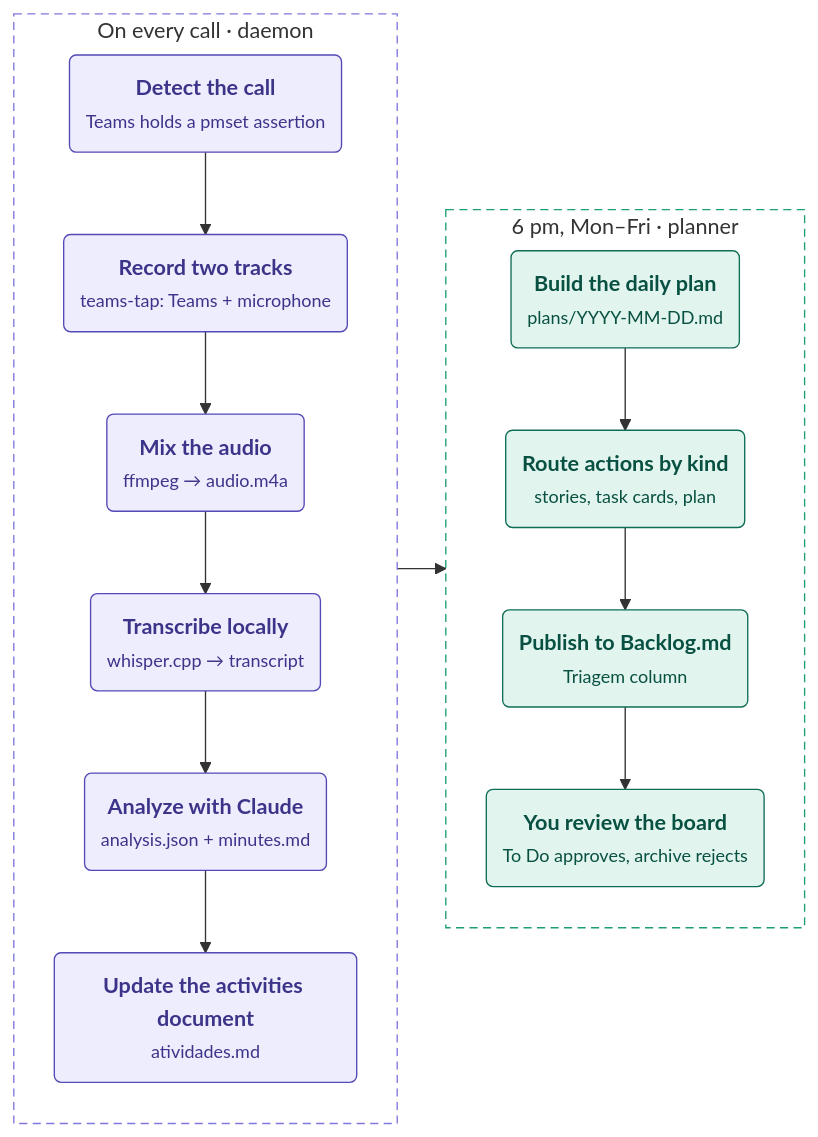
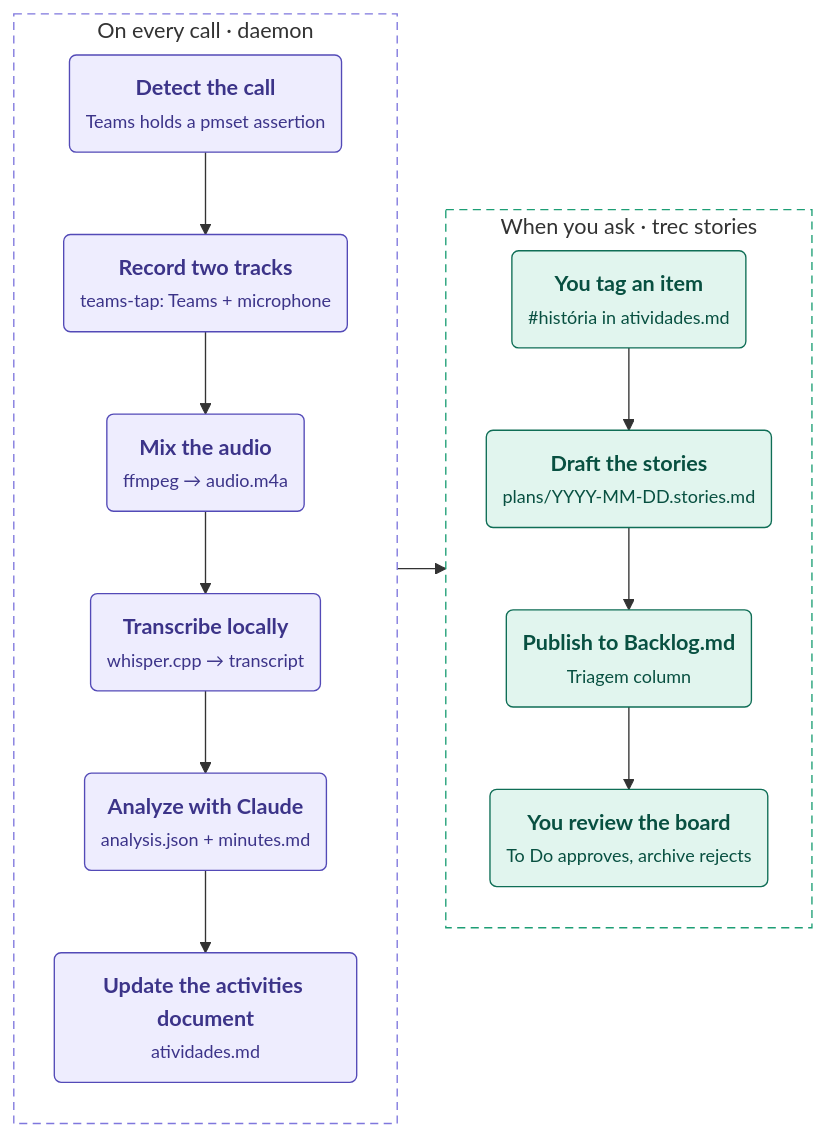
The first of 2 diagrams in README.md (felipmateus/meet-record), drawn with Mermaid before and after one commit. The commit also changed other lines of this file and 31 other files, not shown here.

````diff
--- a/README.md
+++ b/README.md
@@ -51,32 +49,32 @@
 ```mermaid
 %%{init: {"flowchart": {"nodeSpacing": 40, "rankSpacing": 36, "curve": "basis", "padding": 12}}}%%
 flowchart LR
     subgraph perCall["On every call · daemon"]
         direction TB
         detect("<b>Detect the call</b><br/><small>Teams holds a pmset assertion</small>")
         record("<b>Record two tracks</b><br/><small>teams-tap: Teams + microphone</small>")
         mix("<b>Mix the audio</b><br/><small>ffmpeg → audio.m4a</small>")
         transcribe("<b>Transcribe locally</b><br/><small>whisper.cpp → transcript</small>")
         analyze("<b>Analyze with Claude</b><br/><small>analysis.json + minutes.md</small>")
         curate("<b>Update the activities document</b><br/><small>atividades.md</small>")
         detect --> record --> mix --> transcribe --> analyze --> curate
     end
 
-    subgraph evening["6 pm, Mon–Fri · planner"]
+    subgraph onDemand["When you ask · trec stories"]
         direction TB
-        plan("<b>Build the daily plan</b><br/><small>plans/YYYY-MM-DD.md</small>")
-        route("<b>Route actions by kind</b><br/><small>stories, task cards, plan</small>")
+        tag("<b>You tag an item</b><br/><small>#história in atividades.md</small>")
+        draft("<b>Draft the stories</b><br/><small>plans/YYYY-MM-DD.stories.md</small>")
         publish("<b>Publish to Backlog.md</b><br/><small>Triagem column</small>")
         review("<b>You review the board</b><br/><small>To Do approves, archive rejects</small>")
-        plan --> route --> publish --> review
+        tag --> draft --> publish --> review
     end
 
-    perCall --> evening
+    perCall --> onDemand
 
     classDef daemon fill:#EEEDFE,stroke:#534AB7,stroke-width:1px,color:#3C3489
-    classDef planner fill:#E1F5EE,stroke:#0F6E56,stroke-width:1px,color:#085041
+    classDef stories fill:#E1F5EE,stroke:#0F6E56,stroke-width:1px,color:#085041
     class detect,record,mix,transcribe,analyze,curate daemon
-    class plan,route,publish,review planner
+    class tag,draft,publish,review stories
     style perCall fill:none,stroke:#7F77DD,stroke-width:1px,stroke-dasharray:6 4
-    style evening fill:none,stroke:#1D9E75,stroke-width:1px,stroke-dasharray:6 4
+    style onDemand fill:none,stroke:#1D9E75,stroke-width:1px,stroke-dasharray:6 4
 ```
````
